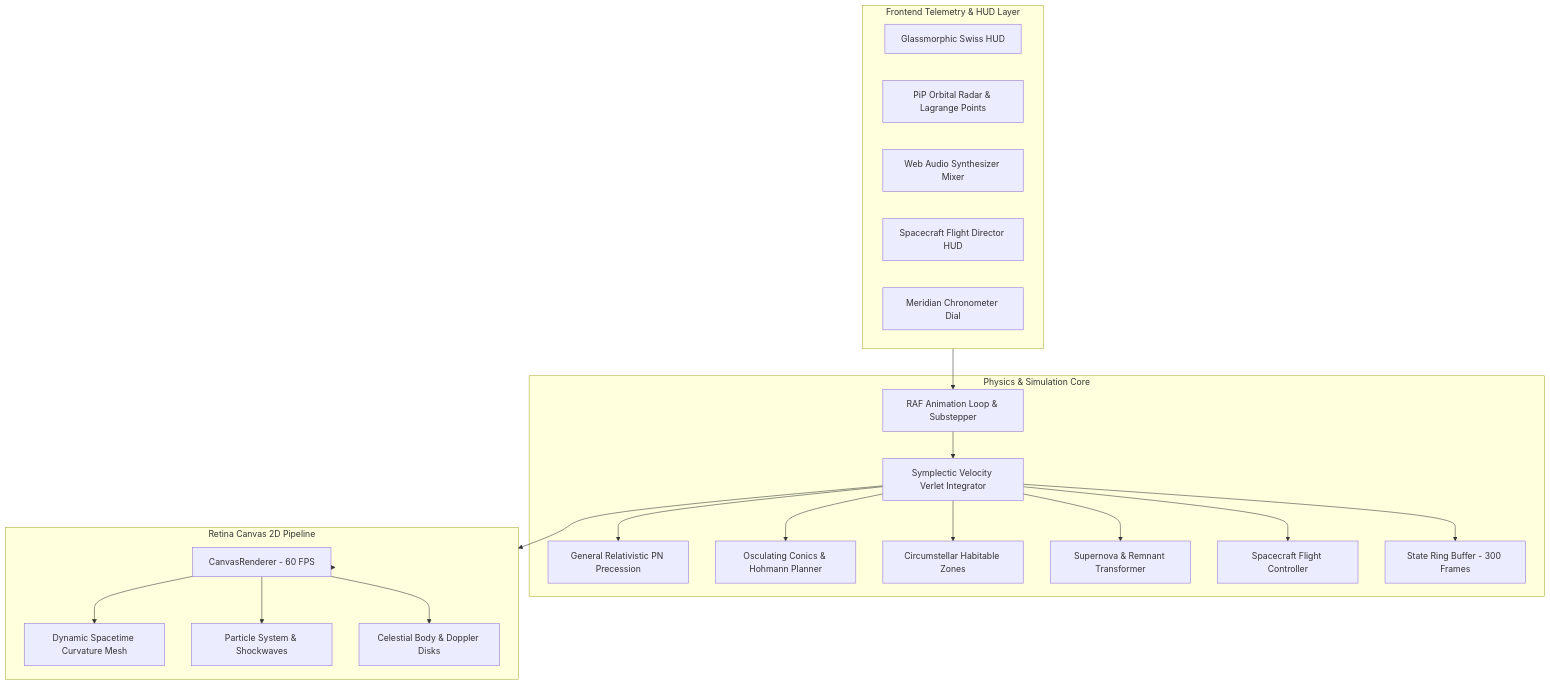
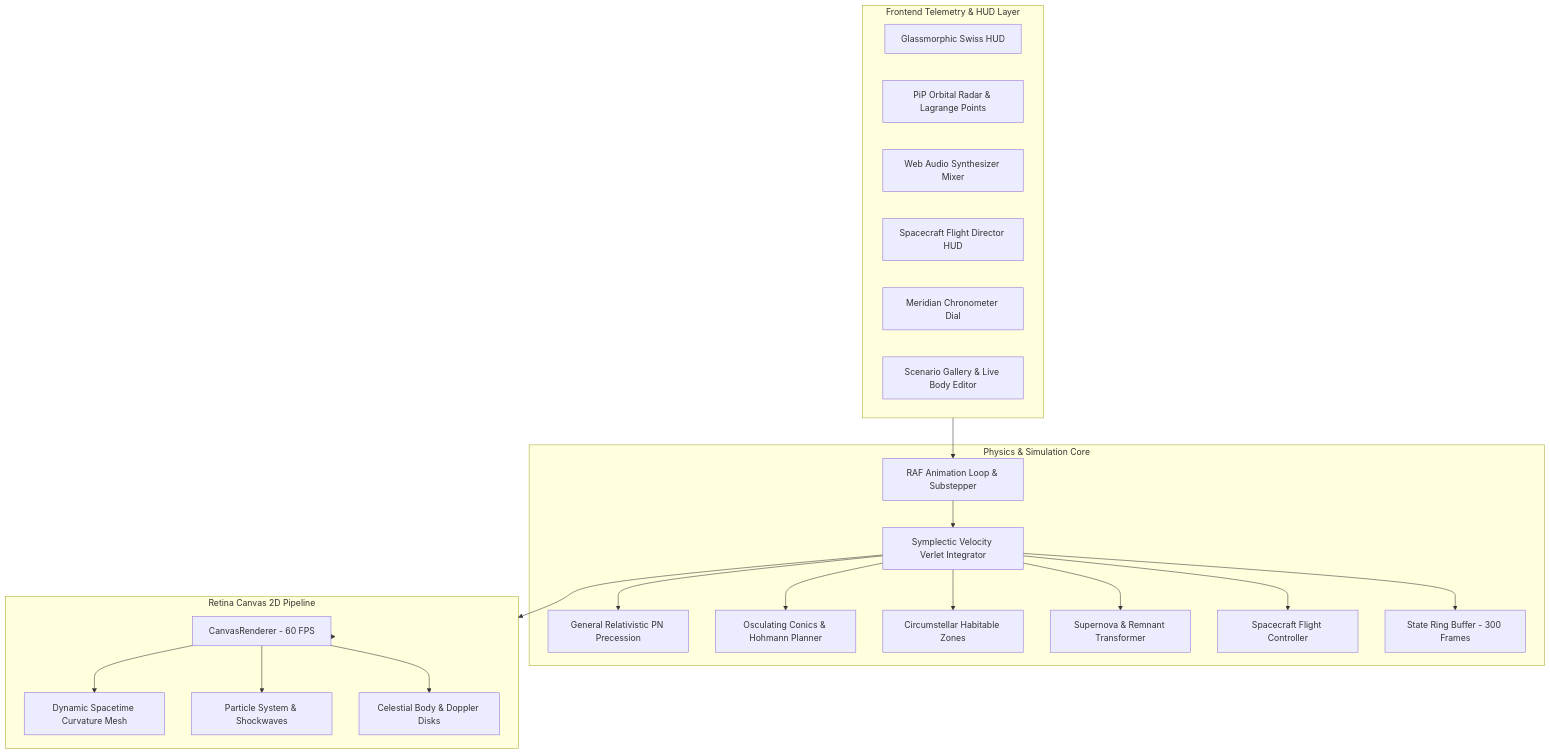
Before and after one commit to underratedgitter/Event-Horizon: the diagram in README.md, drawn with Mermaid. The commit also changed other lines of this file, not shown here.

````diff
--- a/README.md
+++ b/README.md
@@ -254,42 +276,43 @@
 ```mermaid
 flowchart TD
     subgraph UI_Layer [Frontend Telemetry & HUD Layer]
         HUD[Glassmorphic Swiss HUD]
         Radar[PiP Orbital Radar & Lagrange Points]
         AudioMixer[Web Audio Synthesizer Mixer]
         FlightHUD[Spacecraft Flight Director HUD]
         Chrono[Meridian Chronometer Dial]
+        Workspace[Scenario Gallery & Live Body Editor]
     end
 
     subgraph Core_Engine [Physics & Simulation Core]
         Clock[RAF Animation Loop & Substepper]
         Verlet[Symplectic Velocity Verlet Integrator]
         Precession[General Relativistic PN Precession]
         Conics[Osculating Conics & Hohmann Planner]
         Habitable[Circumstellar Habitable Zones]
         Supernova[Supernova & Remnant Transformer]
         Spacecraft[Spacecraft Flight Controller]
         RingBuffer[State Ring Buffer - 300 Frames]
     end
 
     subgraph Visual_Layer [Retina Canvas 2D Pipeline]
         Renderer[CanvasRenderer - 60 FPS]
         SpacetimeGrid[Dynamic Spacetime Curvature Mesh]
         Particles[Particle System & Shockwaves]
         BodyRenderer[Celestial Body & Doppler Disks]
     end
 
     UI_Layer --> Clock
     Clock --> Verlet
     Verlet --> Precession
     Verlet --> Conics
     Verlet --> Habitable
     Verlet --> Supernova
     Verlet --> Spacecraft
     Verlet --> RingBuffer
     Verlet --> Visual_Layer
     Visual_Layer --> Renderer
     Renderer --> SpacetimeGrid
     Renderer --> BodyRenderer
     Renderer --> Particles
 ```
````
